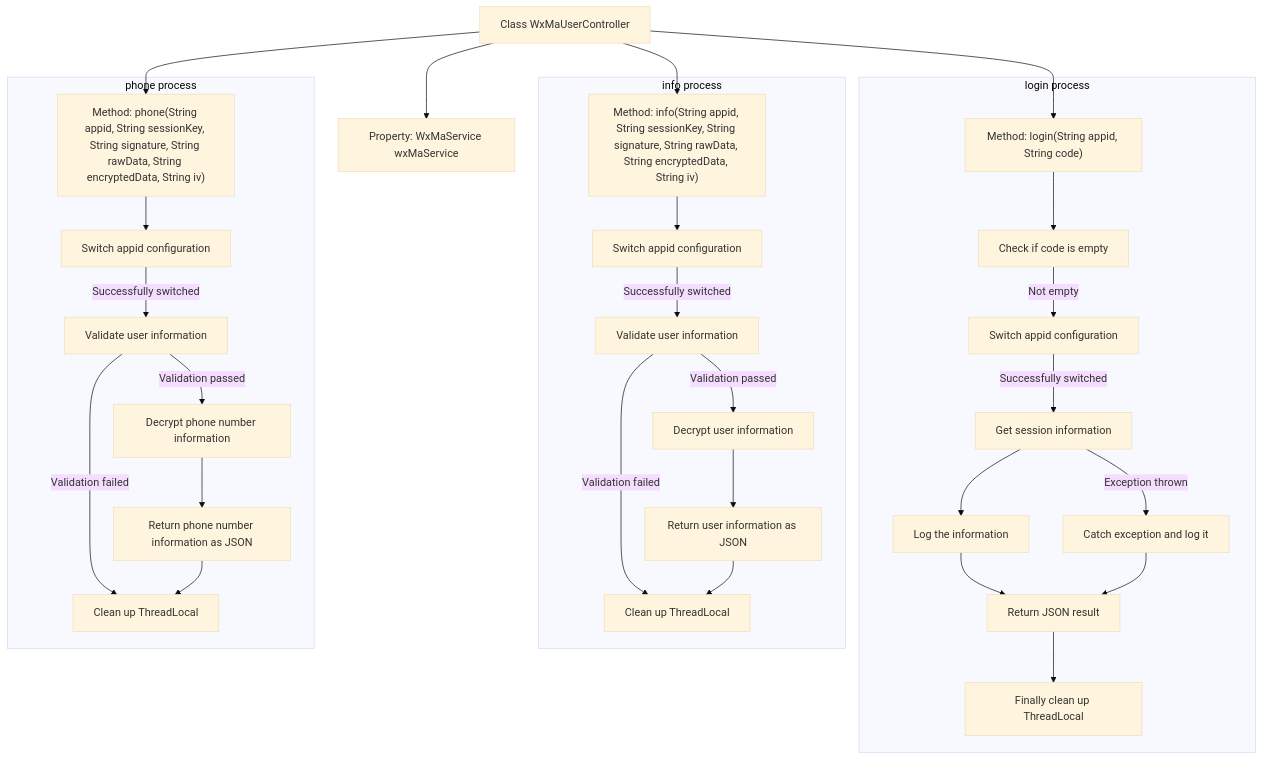
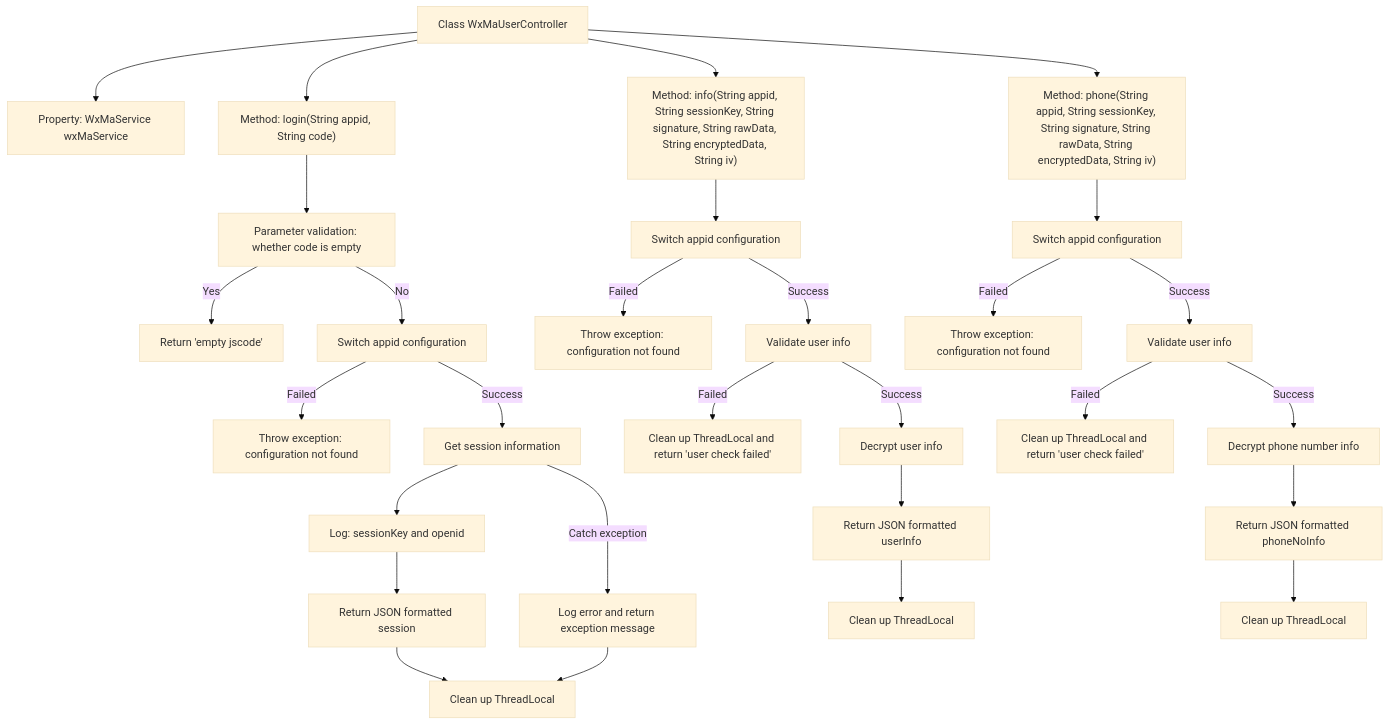
One commit to v-wjrong/binary_weixin-java-miniapp-demo changed the second of 2 diagrams in docs/en/docs/src/main/java/com/github/binarywang/demo/wx/miniapp/controller/WxMaUserController.md. Above: the diagram before and after it, drawn with Mermaid (base theme). The commit also changed other lines of this file and 47 other files, not shown here.

````diff
--- a/docs/en/docs/src/main/java/com/github/binarywang/demo/wx/miniapp/controller/WxMaUserController.md
+++ b/docs/en/docs/src/main/java/com/github/binarywang/demo/wx/miniapp/controller/WxMaUserController.md
@@ -98,62 +108,39 @@
 ```mermaid
 graph TD
     A["Class WxMaUserController"]
     B["Property: WxMaService wxMaService"]
     C["Method: login(String appid, String code)"]
     D["Method: info(String appid, String sessionKey, String signature, String rawData, String encryptedData, String iv)"]
     E["Method: phone(String appid, String sessionKey, String signature, String rawData, String encryptedData, String iv)"]
 
     A --> B
     A --> C
     A --> D
     A --> E
 
-    subgraph login process
-        C1["Check if code is empty"]
-        C2["Switch appid configuration"]
-        C3["Get session information"]
-        C4["Log the information"]
-        C5["Return JSON result"]
-        C6["Catch exception and log it"]
-        C7["Finally clean up ThreadLocal"]
+    C --> C1["Parameter validation: whether code is empty"]
+    C1 --"Yes"--> C2["Return 'empty jscode'"]
+    C1 --"No"--> C3["Switch appid configuration"]
+    C3 --"Failed"--> C4["Throw exception: configuration not found"]
+    C3 --"Success"--> C5["Get session information"]
+    C5 --> C6["Log: sessionKey and openid"]
+    C6 --> C7["Return JSON formatted session"]
+    C5 --Catch exception--> C8["Log error and return exception message"]
+    C7 & C8 --> C9["Clean up ThreadLocal"]
 
-        C --> C1
-        C1 --"Not empty"--> C2
-        C2 --"Successfully switched"--> C3
-        C3 --> C4
-        C4 --> C5
-        C3 --"Exception thrown"--> C6
-        C6 --> C5
-        C5 --> C7
-    end
+    D --> D1["Switch appid configuration"]
+    D1 --"Failed"--> D2["Throw exception: configuration not found"]
+    D1 --"Success"--> D3["Validate user info"]
+    D3 --"Failed"--> D4["Clean up ThreadLocal and return 'user check failed'"]
+    D3 --"Success"--> D5["Decrypt user info"]
+    D5 --> D6["Return JSON formatted userInfo"]
+    D6 --> D7["Clean up ThreadLocal"]
 
-    subgraph info process
-        D1["Switch appid configuration"]
-        D2["Validate user information"]
-        D3["Decrypt user information"]
-        D4["Return user information as JSON"]
-        D5["Clean up ThreadLocal"]
-
-        D --> D1
-        D1 --"Successfully switched"--> D2
-        D2 --"Validation failed"--> D5
-        D2 --"Validation passed"--> D3
-        D3 --> D4
-        D4 --> D5
-    end
-
-    subgraph phone process
-        E1["Switch appid configuration"]
-        E2["Validate user information"]
-        E3["Decrypt phone number information"]
-        E4["Return phone number information as JSON"]
-        E5["Clean up ThreadLocal"]
-
-        E --> E1
-        E1 --"Successfully switched"--> E2
-        E2 --"Validation failed"--> E5
-        E2 --"Validation passed"--> E3
-        E3 --> E4
-        E4 --> E5
-    end
+    E --> E1["Switch appid configuration"]
+    E1 --"Failed"--> E2["Throw exception: configuration not found"]
+    E1 --"Success"--> E3["Validate user info"]
+    E3 --"Failed"--> E4["Clean up ThreadLocal and return 'user check failed'"]
+    E3 --"Success"--> E5["Decrypt phone number info"]
+    E5 --> E6["Return JSON formatted phoneNoInfo"]
+    E6 --> E7["Clean up ThreadLocal"]
 ```
````
